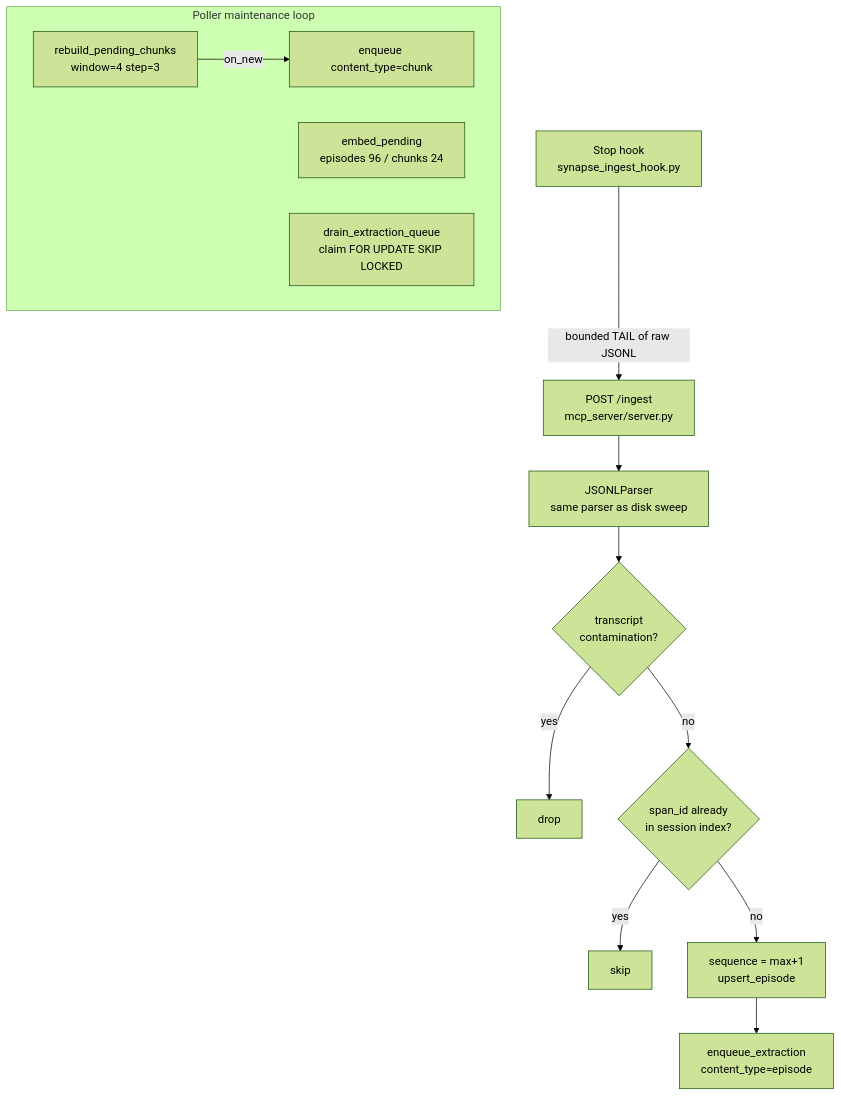
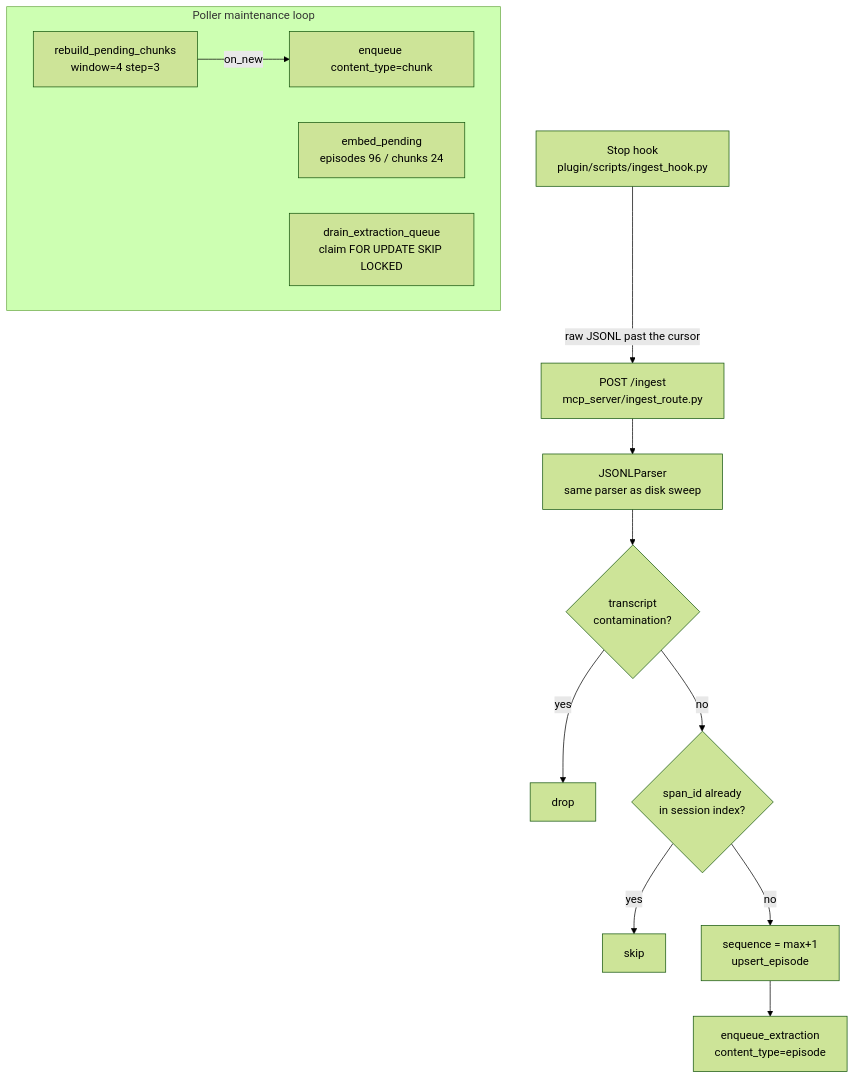
Before and after one commit to kraft87/synapse: the second of 4 diagrams in ARCHITECTURE.md, drawn with Mermaid (forest theme). The commit also changed other lines of this file and 1 other file, not shown here.

First line of the commit message:
docs: ARCHITECTURE sections 4.2, 6, 7.3, 9, 11, 13 and 14 describe what the code does now (XC-24, recall-23, INFRA-21, asi-lanes-28)

````diff
--- a/ARCHITECTURE.md
+++ b/ARCHITECTURE.md
@@ -181,17 +181,17 @@
 ```mermaid
 flowchart TD
-    HK[Stop hook\nsynapse_ingest_hook.py] -->|bounded TAIL of raw JSONL| ING[POST /ingest\nmcp_server/server.py]
+    HK[Stop hook\nplugin/scripts/ingest_hook.py] -->|raw JSONL past the cursor| ING[POST /ingest\nmcp_server/ingest_route.py]
     ING --> PARSE[JSONLParser\nsame parser as disk sweep]
     PARSE --> CONTAM{transcript\ncontamination?}
     CONTAM -- yes --> DROP[drop]
     CONTAM -- no --> DEDUP{span_id already\nin session index?}
     DEDUP -- yes --> SKIP[skip]
     DEDUP -- no --> APPEND[sequence = max+1\nupsert_episode]
     APPEND --> ENQ[enqueue_extraction\ncontent_type=episode]
 
     subgraph Poller maintenance loop
         REB[rebuild_pending_chunks\nwindow=4 step=3] -->|on_new| ENQC[enqueue content_type=chunk]
         EMB[embed_pending\nepisodes 96 / chunks 24]
         DRAIN[drain_extraction_queue\nclaim FOR UPDATE SKIP LOCKED]
     end
 ```
````
